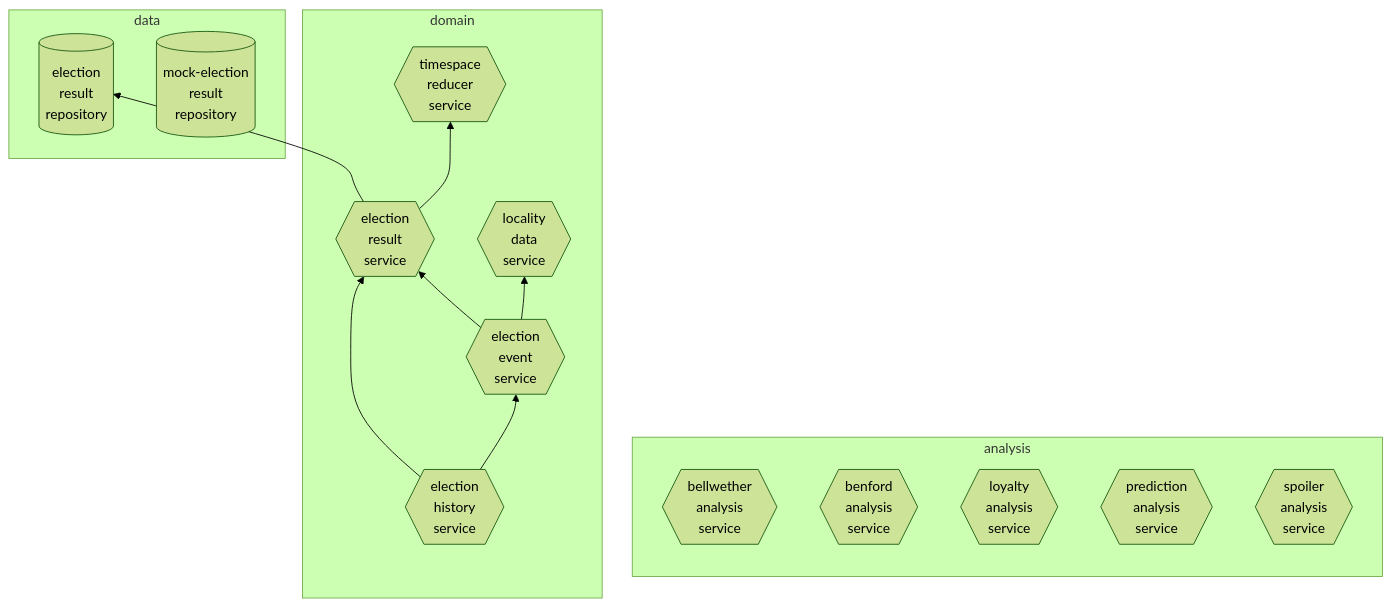
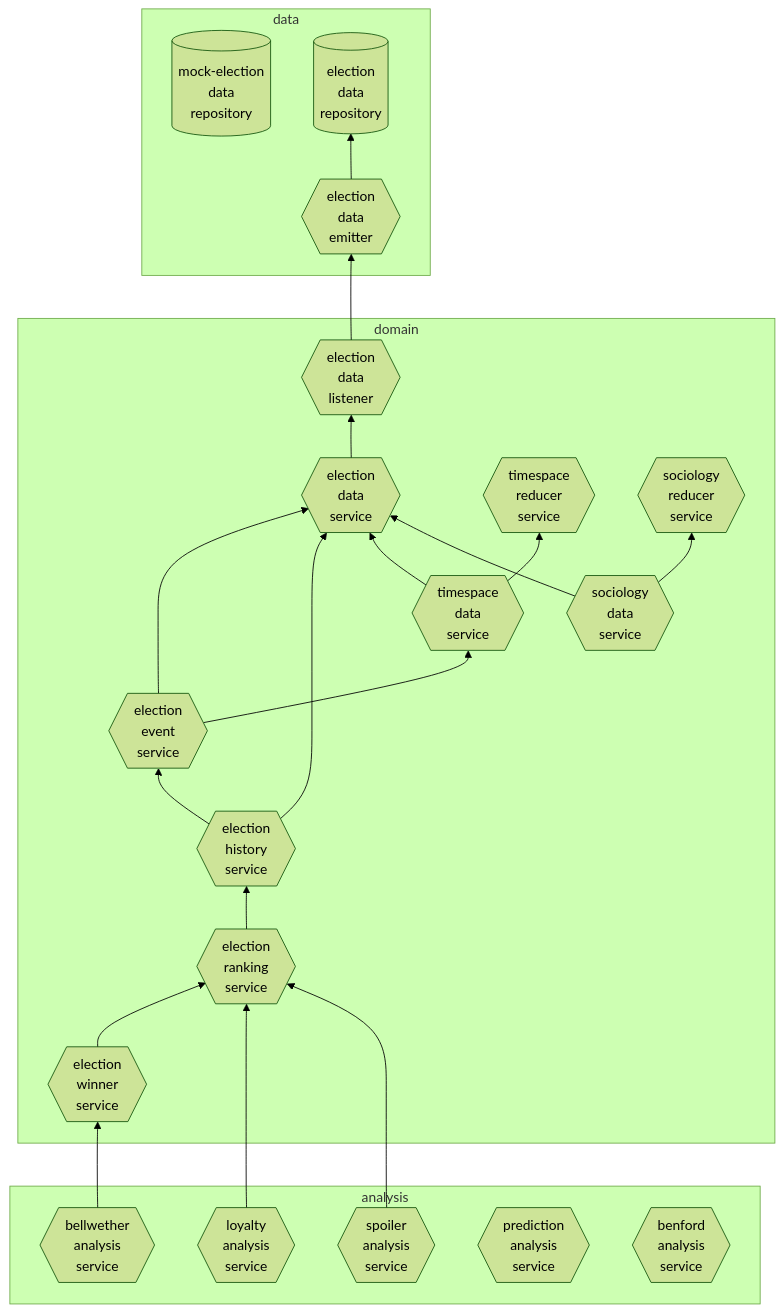
One commit to DrewStern/election-analysis changed the diagram in docs/arch/input/flow_chart.mmd. Above: the diagram before and after it, drawn with Mermaid (forest theme).

Commit message:
updated arch docs

````diff
--- a/docs/arch/input/flow_chart.mmd
+++ b/docs/arch/input/flow_chart.mmd
@@ -1,31 +1,47 @@
 ```mermaid
 graph BT
 
     subgraph analysis [analysis]
-    BWAS{{bellwether<br>analysis<br>service}}
-    BAS{{benford<br>analysis<br>service}}
-    LAS{{loyalty<br>analysis<br>service}}
-    PAS{{prediction<br>analysis<br>service}}
-    SAS{{spoiler<br>analysis<br>service}}
+    BellwetherAnalysisService{{bellwether<br>analysis<br>service}}
+    LoyaltyAnalysisService{{loyalty<br>analysis<br>service}}
+    SpoilerAnalysisService{{spoiler<br>analysis<br>service}}
+    PredictionAnalysisService{{prediction<br>analysis<br>service}}
+    BenfordAnalysisService{{benford<br>analysis<br>service}}
     end
 
     subgraph domain [domain]
-    TRS{{timespace<br>reducer<br>service}}
-    ERS{{election<br>result<br>service}}
-    EES{{election<br>event<br>service}}
-    EHS{{election<br>history<br>service}}
-    LDS{{locality<br>data<br>service}}
+    ElectionDataListener{{election<br>data<br>listener}}
+    ElectionDataService{{election<br>data<br>service}}
+    ElectionEventService{{election<br>event<br>service}}
+    TimespaceDataService{{timespace<br>data<br>service}}
+    SociologyDataService{{sociology<br>data<br>service}}
+    TimespaceReducerService{{timespace<br>reducer<br>service}}
+    SociologyReducerService{{sociology<br>reducer<br>service}}
+    ElectionHistoryService{{election<br>history<br>service}}
+    ElectionRankingService{{election<br>ranking<br>service}}
+    ElectionWinnerService{{election<br>winner<br>service}}
     end
 
     subgraph data [data]
-    ERR[(election<br>result<br>repository)]
-    MERR[(mock-election<br>result<br>repository)]
+    MockElectionDataRepository[(mock-election<br>data<br>repository)]
+    ElectionDataRepository[(election<br>data<br>repository)]
+    ElectionDataEmitter{{election<br>data<br>emitter}}
     end
 
-    ERS --> ERR
-    ERS --> TRS
-    EES --> ERS
-    EES --> LDS
-    EHS --> EES
-    EHS --> ERS
+    ElectionDataEmitter --> ElectionDataRepository
+    ElectionDataListener --> ElectionDataEmitter
+    ElectionDataService --> ElectionDataListener
+    ElectionEventService --> ElectionDataService
+    ElectionEventService --> TimespaceDataService
+    ElectionHistoryService --> ElectionEventService
+    ElectionHistoryService --> ElectionDataService
+    ElectionRankingService --> ElectionHistoryService
+    TimespaceDataService --> ElectionDataService
+    TimespaceDataService --> TimespaceReducerService
+    SociologyDataService --> ElectionDataService
+    SociologyDataService --> SociologyReducerService
+    ElectionWinnerService --> ElectionRankingService
+    BellwetherAnalysisService --> ElectionWinnerService
+    LoyaltyAnalysisService --> ElectionRankingService
+    SpoilerAnalysisService --> ElectionRankingService
 ```
````
